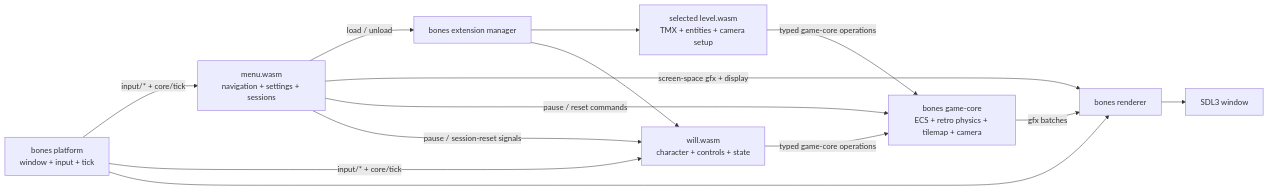
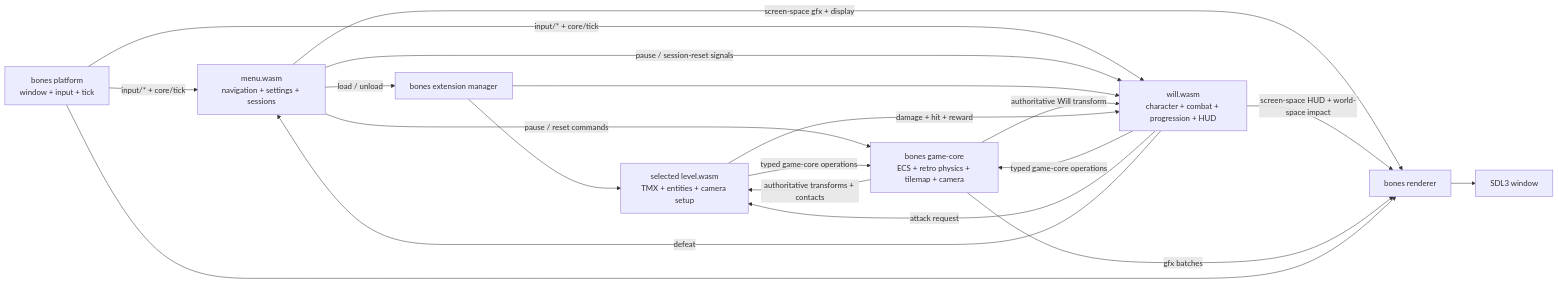
Before and after one commit to an-dr/artificial-will-game-v2: the diagram in docs/architecture.md, drawn with Mermaid. The commit also changed other lines of this file and 7 other files, not shown here.

Commit message:
Verify combat flow end to end

````diff
--- a/docs/architecture.md
+++ b/docs/architecture.md
@@ -10,16 +10,22 @@
 ```mermaid
 flowchart LR
     Platform["bones platform<br/>window + input + tick"] -->|"input/* + core/tick"| Menu
     Platform -->|"input/* + core/tick"| Will
     Menu["menu.wasm<br/>navigation + settings + sessions"] -->|"load / unload"| Manager["bones extension manager"]
     Menu -->|"screen-space gfx + display"| Renderer
     Menu -->|"pause / reset commands"| GameCore
     Menu -->|"pause / session-reset signals"| Will
     Manager --> Level["selected level.wasm<br/>TMX + entities + camera setup"]
     Manager --> Will
     Level["selected level.wasm<br/>TMX + entities + camera setup"] -->|"typed game-core operations"| GameCore
-    Will["will.wasm<br/>character + controls + state"] -->|"typed game-core operations"| GameCore
+    GameCore -->|"authoritative transforms + contacts"| Level
+    GameCore -->|"authoritative Will transform"| Will
+    Will["will.wasm<br/>character + combat + progression + HUD"] -->|"typed game-core operations"| GameCore
+    Will -->|"attack request"| Level
+    Level -->|"damage + hit + reward"| Will
+    Will -->|"defeat"| Menu
+    Will -->|"screen-space HUD + world-space impact"| Renderer
     GameCore["bones game-core<br/>ECS + retro physics + tilemap + camera"] -->|"gfx batches"| Renderer
     Renderer["bones renderer"] --> Window["SDL3 window"]
     Platform --> Renderer
 ```
````
